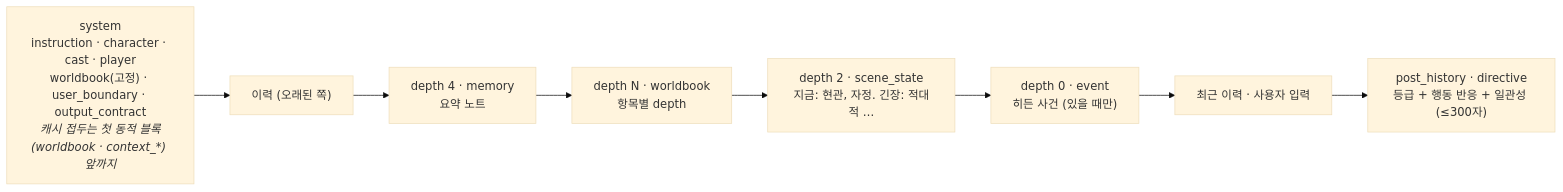
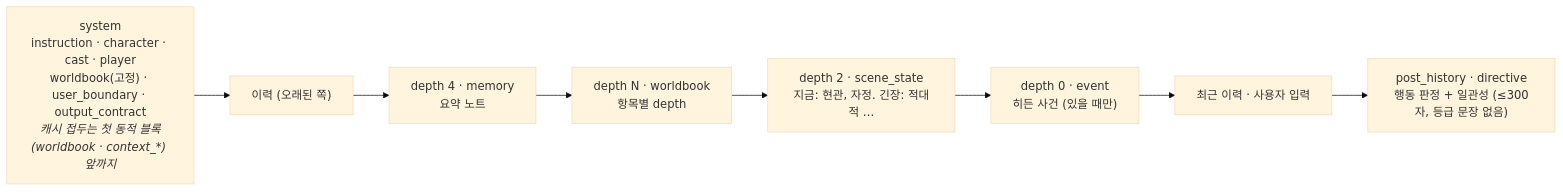
One commit to saroby/RabbitEngine changed the second of 3 diagrams in README.md. Above: the diagram before and after it, drawn with Mermaid (base theme). The commit also changed other lines of this file and 3 other files, not shown here.

````diff
--- a/README.md
+++ b/README.md
@@ -60,12 +60,12 @@
 ```mermaid
 flowchart LR
     SYS["system<br>instruction · character · cast · player<br>worldbook(고정) · user_boundary · output_contract<br><i>캐시 접두는 첫 동적 블록(worldbook · context_*) 앞까지</i>"]
     H1["이력 (오래된 쪽)"]
     M["depth 4 · memory<br>요약 노트"]
     W["depth N · worldbook<br>항목별 depth"]
     ST["depth 2 · scene_state<br>지금: 현관, 자정. 긴장: 적대적 …"]
     EV["depth 0 · event<br>히든 사건 (있을 때만)"]
     H2["최근 이력 · 사용자 입력"]
-    D["post_history · directive<br>등급 + 행동 반응 + 일관성 (≤300자)"]
+    D["post_history · directive<br>행동 판정 + 일관성 (≤300자, 등급 문장 없음)"]
     SYS --> H1 --> M --> W --> ST --> EV --> H2 --> D
 ```
````
